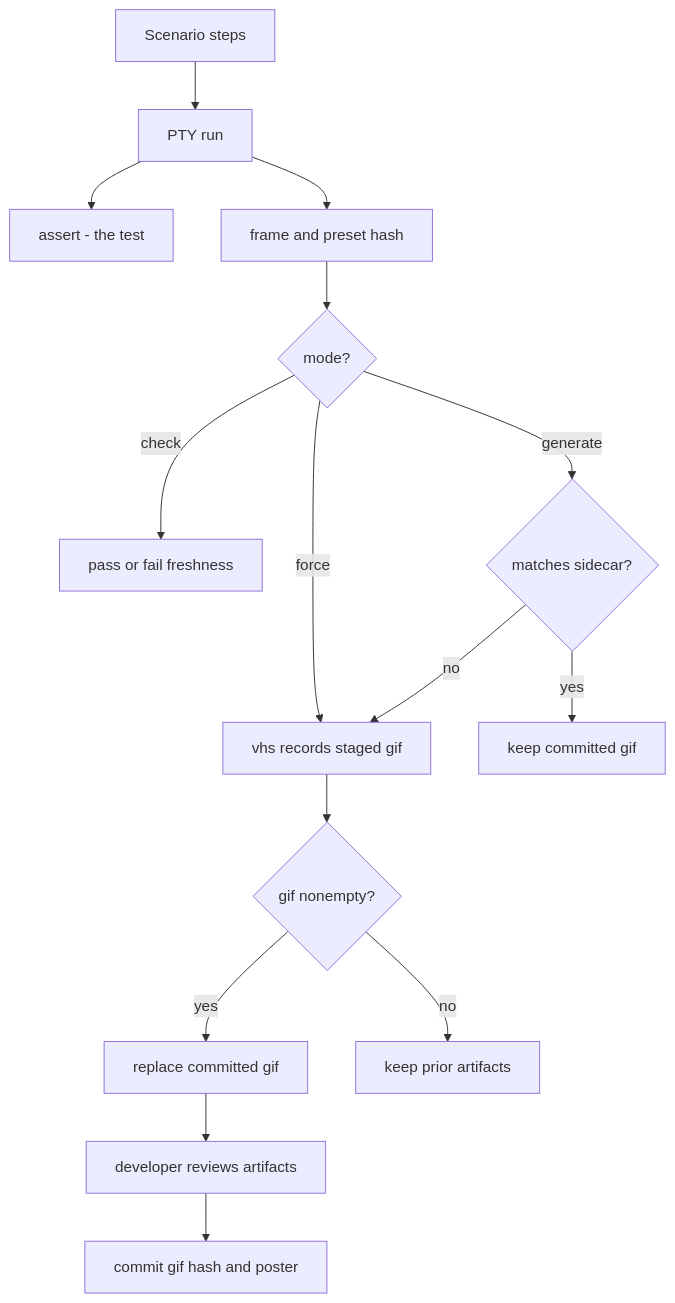
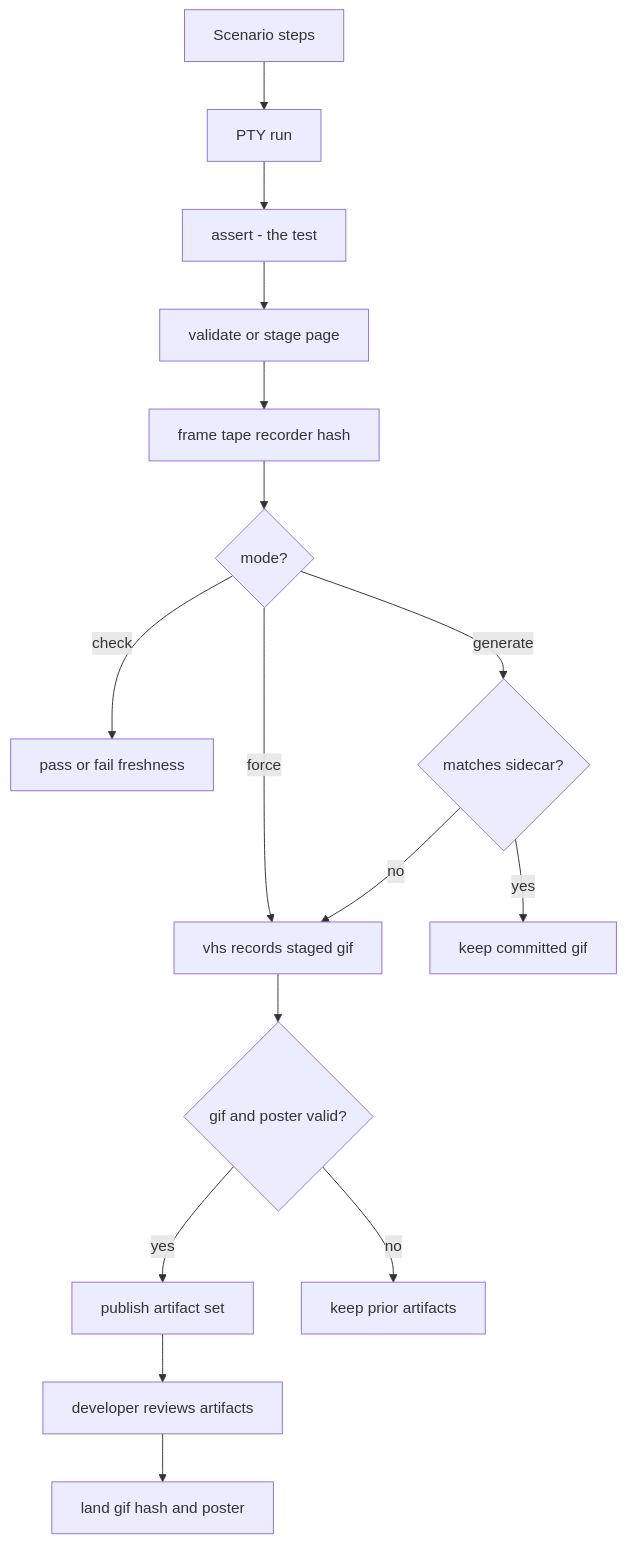
Before and after one commit to agentty-xyz/agentty: the diagram in crates/testty/docs/feature-gif-workflow.md, drawn with Mermaid. The commit also changed other lines of this file and 109 other files, not shown here.

````diff
--- a/crates/testty/docs/feature-gif-workflow.md
+++ b/crates/testty/docs/feature-gif-workflow.md
@@ -12,17 +12,18 @@
 ```mermaid
 graph TD
   S["Scenario steps"] --> PTY["PTY run"]
   PTY --> A["assert - the test"]
-  PTY --> H["frame and preset hash"]
+  A --> P["validate or stage page"]
+  P --> H["frame tape recorder hash"]
   H --> M{"mode?"}
   M -->|check| G["pass or fail freshness"]
   M -->|generate| D{"matches sidecar?"}
   M -->|force| VHS
   D -->|yes| SKIP["keep committed gif"]
   D -->|no| VHS["vhs records staged gif"]
-  VHS --> V{"gif nonempty?"}
-  V -->|yes| R["replace committed gif"]
+  VHS --> V{"gif and poster valid?"}
+  V -->|yes| R["publish artifact set"]
   V -->|no| K["keep prior artifacts"]
   R --> DREV["developer reviews artifacts"]
-  DREV --> C["commit gif hash and poster"]
+  DREV --> C["land gif hash and poster"]
 ```
````
